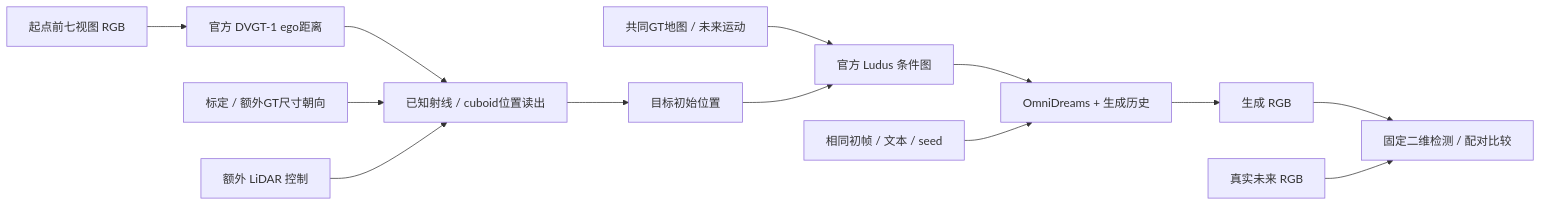
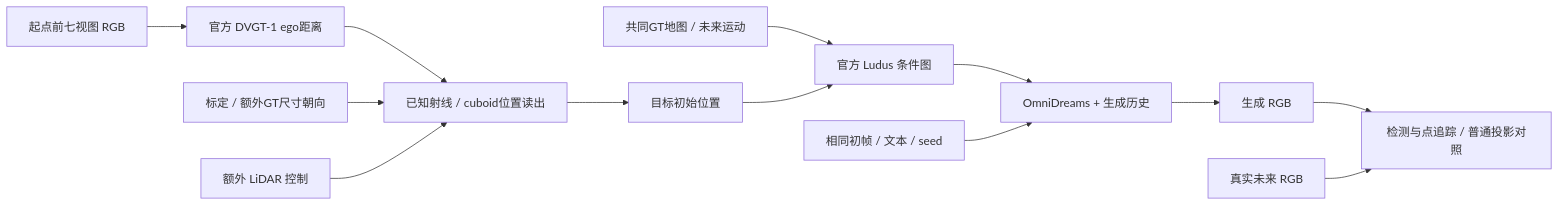
The diagram in docs/v75/NATURAL_STATE.md (yunlongdeng123/Motion-Proj), drawn with Mermaid before and after one commit. The commit also changed other lines of this file and 27 other files, not shown here.

````diff
--- a/docs/v75/NATURAL_STATE.md
+++ b/docs/v75/NATURAL_STATE.md
@@ -5,15 +5,15 @@
 ```mermaid
 flowchart LR
     I[起点前七视图 RGB] --> R[官方 DVGT-1 ego距离]
     R --> C[已知射线 / cuboid位置读出]
     K[标定 / 额外GT尺寸朝向] --> C
     L[额外 LiDAR 控制] --> C
     C --> A[目标初始位置]
     M[共同GT地图 / 未来运动] --> D[官方 Ludus 条件图]
     A --> D
     D --> W[OmniDreams + 生成历史]
     F[相同初帧 / 文本 / seed] --> W
     W --> V[生成 RGB]
-    V --> E[固定二维检测 / 配对比较]
+    V --> E[检测与点追踪 / 普通投影对照]
     T[真实未来 RGB] --> E
 ```
````
